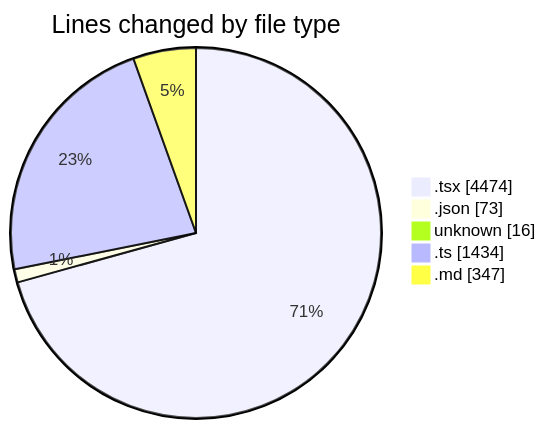
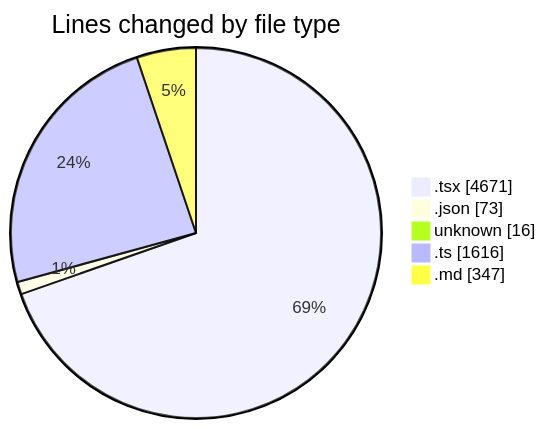
The first of 2 diagrams in 2025-01-03/tinycms/README.md (ernivani/code-tracking), drawn with Mermaid before and after one commit. The commit also changed other lines of this file and 3 other files, not shown here.

````diff
--- a/2025-01-03/tinycms/README.md
+++ b/2025-01-03/tinycms/README.md
@@ -46,9 +50,9 @@
 ```mermaid
 pie showData
 title Lines changed by file type
-".tsx" : 4474
+".tsx" : 4671
 ".json" : 73
 "unknown" : 16
-".ts" : 1434
+".ts" : 1616
 ".md" : 347
 ```
````
